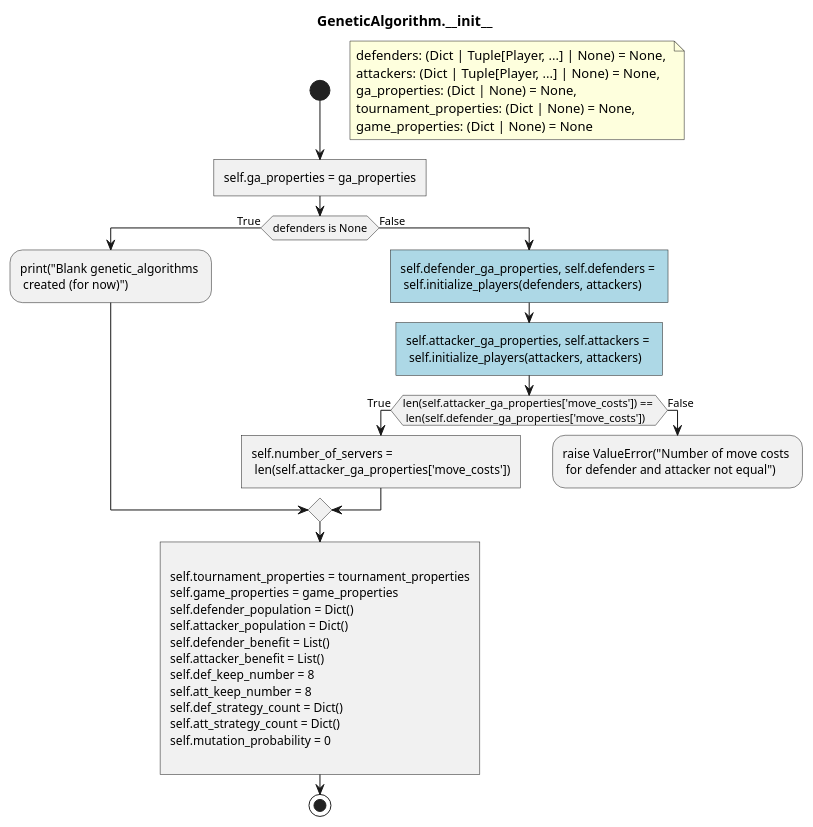
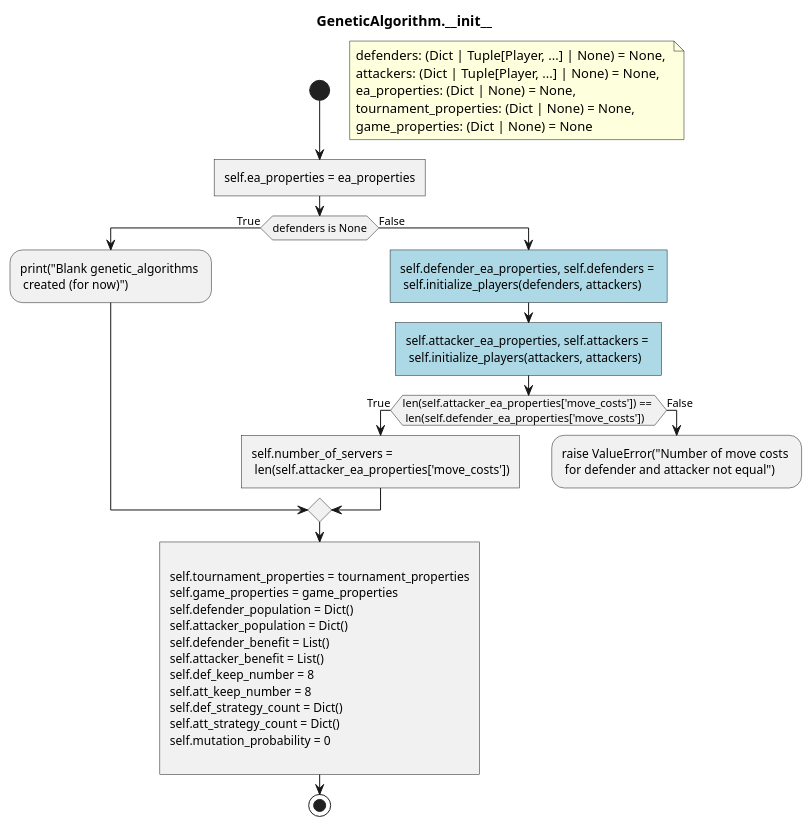
One commit to ruipimentel/FlipThem-Simulation changed the second of 7 diagrams in DOCS/activity-diagram_genetic-algorithm.puml. Above: the diagram before and after it, drawn with PlantUML. The commit also changed other lines of this file and 1 other file, not shown here.

```diff
--- a/DOCS/activity-diagram_genetic-algorithm.puml
+++ b/DOCS/activity-diagram_genetic-algorithm.puml
@@ -22,45 +22,45 @@
 @startuml "__init__"
 !pragma useVerticalIf on
 
 title GeneticAlgorithm.~__init__
 
 start
 floating note right: \
 defenders: (Dict | Tuple[Player, ...] | None) = None, \n\
 attackers: (Dict | Tuple[Player, ...] | None) = None, \n\
-ga_properties: (Dict | None) = None, \n\
+ea_properties: (Dict | None) = None, \n\
 tournament_properties: (Dict | None) = None, \n\
 game_properties: (Dict | None) = None
 
-:self.ga_properties = ga_properties]
+:self.ea_properties = ea_properties]
 
 if (defenders is None) then (True)
   :print("Blank genetic_algorithms \n created (for now)");
 else (False)
-  #lightblue:self.defender_ga_properties, self.defenders = \n self.initialize_players(defenders, attackers)]
-  #lightblue:self.attacker_ga_properties, self.attackers = \n self.initialize_players(attackers, attackers)]
-  if (len(self.attacker_ga_properties['move_costs']) == \n len(self.defender_ga_properties['move_costs'])) then (True)
-    :self.number_of_servers = \n len(self.attacker_ga_properties['move_costs'])]
+  #lightblue:self.defender_ea_properties, self.defenders = \n self.initialize_players(defenders, attackers)]
+  #lightblue:self.attacker_ea_properties, self.attackers = \n self.initialize_players(attackers, attackers)]
+  if (len(self.attacker_ea_properties['move_costs']) == \n len(self.defender_ea_properties['move_costs'])) then (True)
+    :self.number_of_servers = \n len(self.attacker_ea_properties['move_costs'])]
   else (False)
     :raise ValueError("Number of move costs \n for defender and attacker not equal");
     kill
   endif
 endif
 
 :
 self.tournament_properties = tournament_properties
 self.game_properties = game_properties
 self.defender_population = Dict()
 self.attacker_population = Dict()
 self.defender_benefit = List()
 self.attacker_benefit = List()
 self.def_keep_number = 8
 self.att_keep_number = 8
 self.def_strategy_count = Dict()
 self.att_strategy_count = Dict()
 self.mutation_probability = 0
 ]
 
 stop;
 
 @enduml
```
